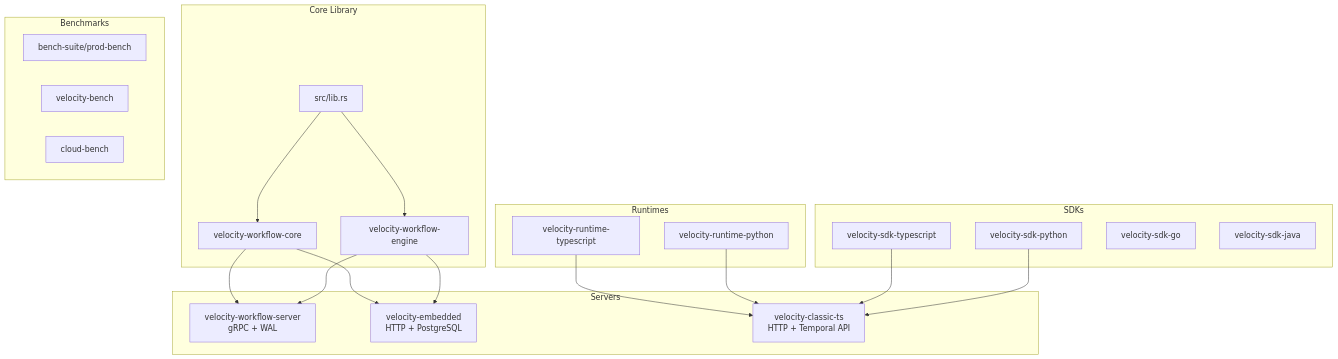
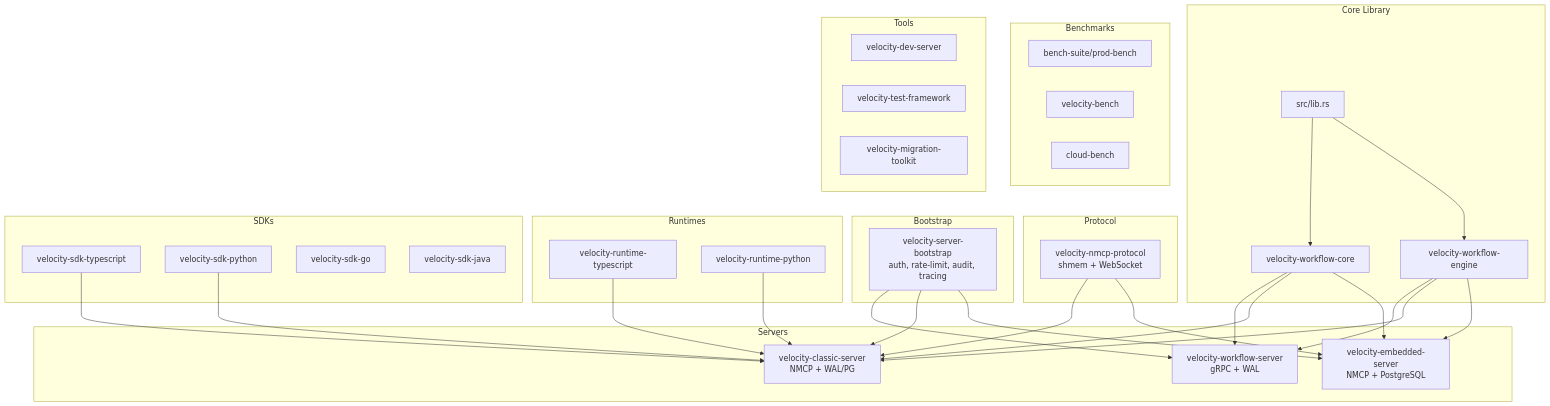
One commit to UnitBuilds-CC/V.E.L.O.C.I.T.Y.-WorkFlow changed the diagram in .qoder/repowiki/en/content/Development Guide.md. Above: the diagram before and after it, drawn with Mermaid. The commit also changed other lines of this file and 18 other files, not shown here.

````diff
--- a/.qoder/repowiki/en/content/Development Guide.md
+++ b/.qoder/repowiki/en/content/Development Guide.md
@@ -86,43 +87,64 @@
 ```mermaid
 graph TB
     subgraph "Core Library"
         A[src/lib.rs]
         B[velocity-workflow-core]
         C[velocity-workflow-engine]
     end
     
+    subgraph "Protocol"
+        D[velocity-nmcp-protocol<br/>shmem + WebSocket]
+    end
+    
+    subgraph "Bootstrap"
+        E[velocity-server-bootstrap<br/>auth, rate-limit, audit, tracing]
+    end
+    
     subgraph "Servers"
-        D[velocity-workflow-server<br/>gRPC + WAL]
-        E[velocity-embedded<br/>HTTP + PostgreSQL]
-        F[velocity-classic-ts<br/>HTTP + Temporal API]
+        F[velocity-workflow-server<br/>gRPC + WAL]
+        G[velocity-classic-server<br/>NMCP + WAL/PG]
+        H[velocity-embedded-server<br/>NMCP + PostgreSQL]
     end
     
     subgraph "Runtimes"
-        G[velocity-runtime-typescript]
-        H[velocity-runtime-python]
+        I[velocity-runtime-typescript]
+        J[velocity-runtime-python]
     end
     
     subgraph "SDKs"
-        I[velocity-sdk-typescript]
-        J[velocity-sdk-python]
-        K[velocity-sdk-go]
-        L[velocity-sdk-java]
+        K[velocity-sdk-typescript]
+        L[velocity-sdk-python]
+        M[velocity-sdk-go]
+        N[velocity-sdk-java]
     end
     
     subgraph "Benchmarks"
-        M[bench-suite/prod-bench]
-        N[velocity-bench]
-        O[cloud-bench]
+        O[bench-suite/prod-bench]
+        P[velocity-bench]
+        Q[cloud-bench]
+    end
+    
+    subgraph "Tools"
+        R[velocity-dev-server]
+        S[velocity-test-framework]
+        T[velocity-migration-toolkit]
     end
     
     A --> B
     A --> C
-    B --> D
-    B --> E
-    C --> D
-    C --> E
-    G --> F
-    H --> F
-    I --> F
-    J --> F
+    B --> F
+    B --> G
+    B --> H
+    C --> F
+    C --> G
+    C --> H
+    D --> G
+    D --> H
+    E --> F
+    E --> G
+    E --> H
+    I --> G
+    J --> G
+    K --> G
+    L --> G
 ```
````
